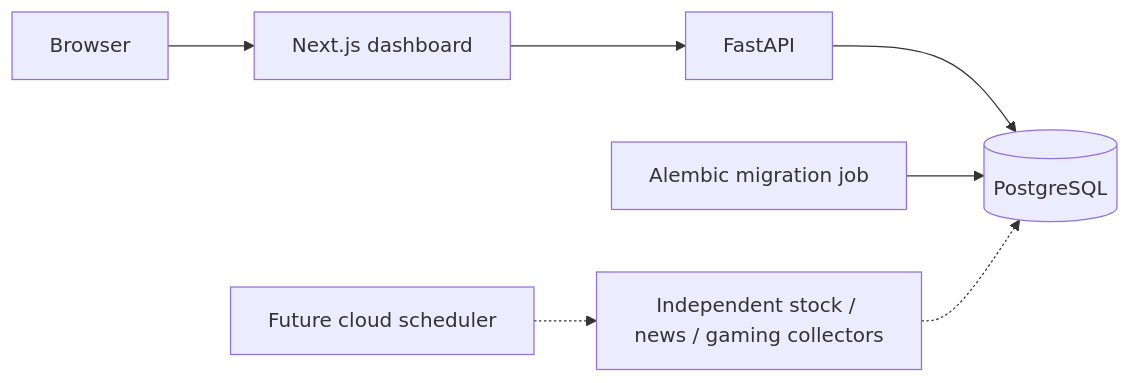
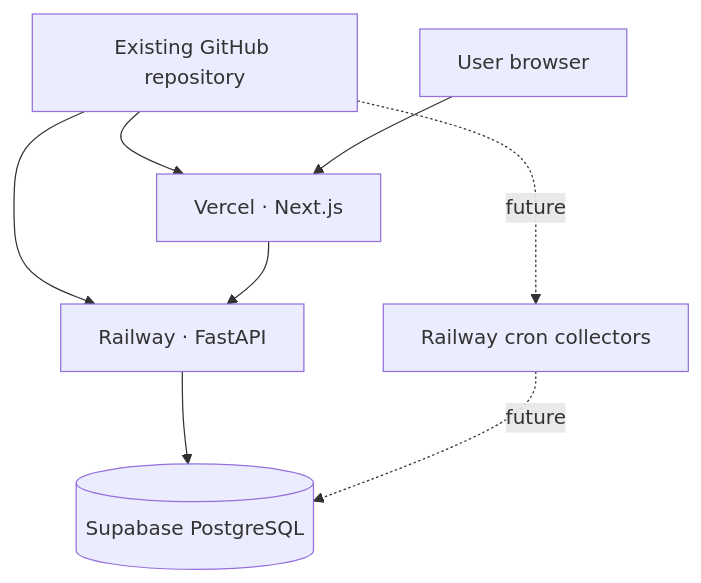
Before and after one commit to ZYXWVU1/SignalScope: the diagram in README.md, drawn with Mermaid. The commit also changed other lines of this file and 27 other files, not shown here.

Commit message:
Migrate deployment configuration to Supabase Railway and Vercel

````diff
--- a/README.md
+++ b/README.md
@@ -10,9 +15,10 @@
 ```mermaid
-flowchart LR
-  Browser --> Next[Next.js dashboard]
-  Next --> API[FastAPI]
-  API --> DB[(PostgreSQL)]
-  Migrations[Alembic migration job] --> DB
-  Scheduler[Future cloud scheduler] -.-> Collectors[Independent stock / news / gaming collectors]
-  Collectors -.-> DB
+flowchart TD
+  GitHub[Existing GitHub repository] --> Vercel[Vercel · Next.js]
+  GitHub --> Railway[Railway · FastAPI]
+  Browser[User browser] --> Vercel
+  Vercel --> Railway
+  Railway --> Supabase[(Supabase PostgreSQL)]
+  GitHub -. future .-> Cron[Railway cron collectors]
+  Cron -. future .-> Supabase
 ```
````
